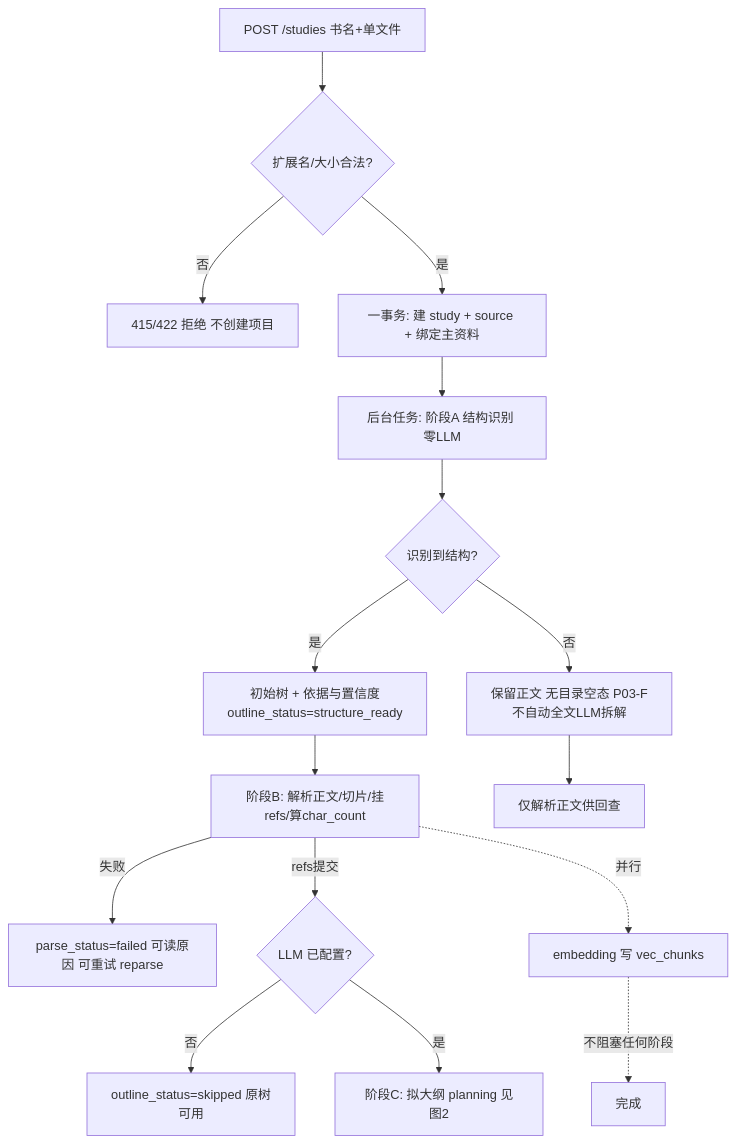
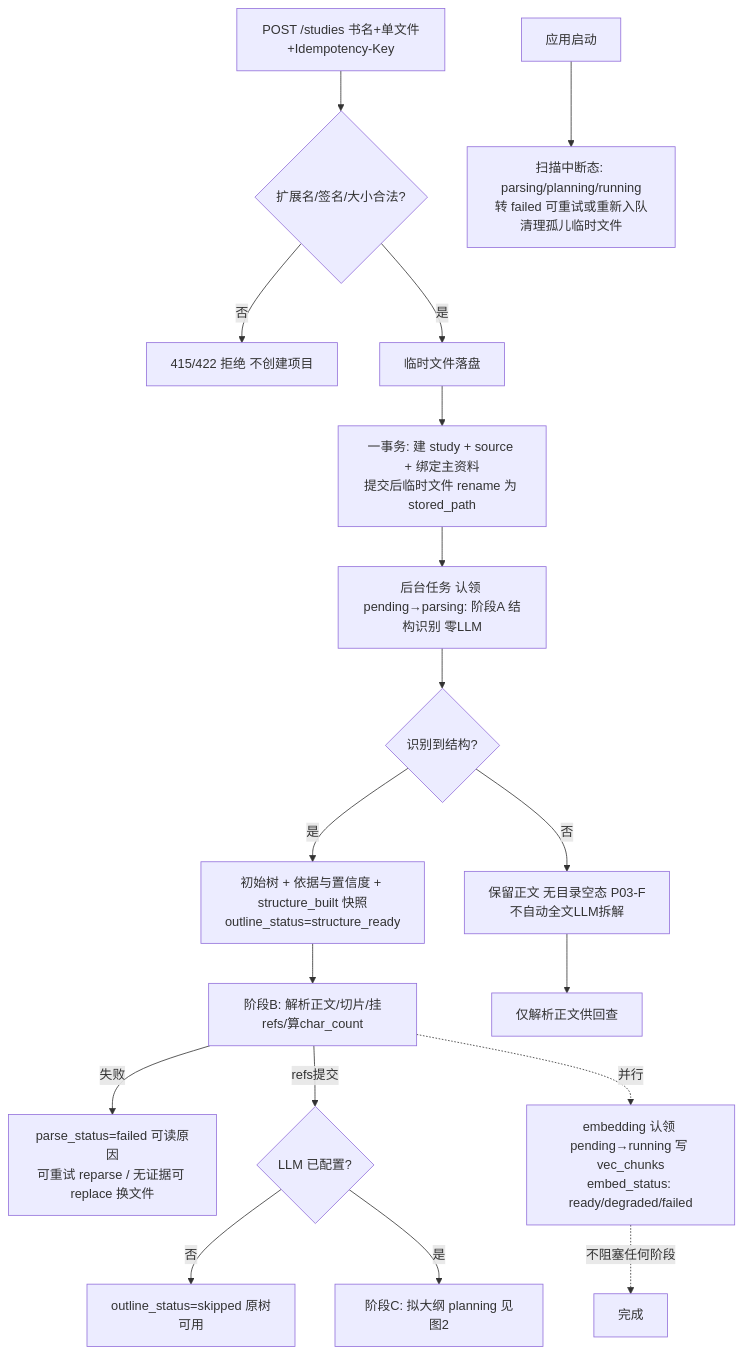
One commit to wangzf657/BetterOneself changed the first of 6 diagrams in docs/v0.1/technical/流程图.md. Above: the diagram before and after it, drawn with Mermaid. The commit also changed other lines of this file and 106 other files, not shown here.

````diff
--- a/docs/v0.1/technical/流程图.md
+++ b/docs/v0.1/technical/流程图.md
@@ -9,18 +9,20 @@
 ```mermaid
 flowchart TD
-    A[POST /studies 书名+单文件] --> B{扩展名/大小合法?}
+    A[POST /studies 书名+单文件+Idempotency-Key] --> B{扩展名/签名/大小合法?}
     B -- 否 --> R[415/422 拒绝 不创建项目]
-    B -- 是 --> C[一事务: 建 study + source + 绑定主资料]
-    C --> D[后台任务: 阶段A 结构识别 零LLM]
+    B -- 是 --> T[临时文件落盘]
+    T --> C[一事务: 建 study + source + 绑定主资料<br/>提交后临时文件 rename 为 stored_path]
+    C --> D[后台任务 认领 pending→parsing: 阶段A 结构识别 零LLM]
     D --> E{识别到结构?}
-    E -- 是 --> F[初始树 + 依据与置信度<br/>outline_status=structure_ready]
+    E -- 是 --> F[初始树 + 依据与置信度 + structure_built 快照<br/>outline_status=structure_ready]
     E -- 否 --> G[保留正文 无目录空态 P03-F<br/>不自动全文LLM拆解]
     F --> H[阶段B: 解析正文/切片/挂refs/算char_count]
     G --> H2[仅解析正文供回查]
-    H -- 失败 --> I[parse_status=failed 可读原因 可重试 reparse]
+    H -- 失败 --> I[parse_status=failed 可读原因<br/>可重试 reparse / 无证据可 replace 换文件]
     H -- refs提交 --> J{LLM 已配置?}
     J -- 否 --> K[outline_status=skipped 原树可用]
     J -- 是 --> L[阶段C: 拟大纲 planning 见图2]
-    H -.并行.-> M[embedding 写 vec_chunks]
+    H -.并行.-> M[embedding 认领 pending→running 写 vec_chunks<br/>embed_status: ready/degraded/failed]
     M -.不阻塞任何阶段.-> N[完成]
+    X[应用启动] --> Y[扫描中断态: parsing/planning/running<br/>转 failed 可重试或重新入队<br/>清理孤儿临时文件]
 ```
````
